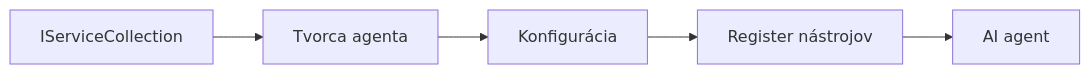
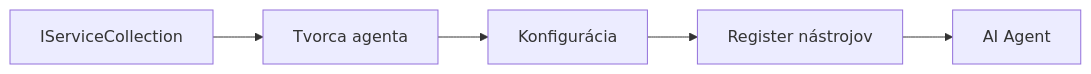
One commit to venturemavenwill/azureaifundamentals changed the diagram in translations/sk/03-agentic-design-patterns/code_samples/03-dotnet-agent-framework.md. Above: the diagram before and after it, drawn with Mermaid. The commit also changed other lines of this file and 2002 other files, not shown here.

````diff
--- a/translations/sk/03-agentic-design-patterns/code_samples/03-dotnet-agent-framework.md
+++ b/translations/sk/03-agentic-design-patterns/code_samples/03-dotnet-agent-framework.md
@@ -41,7 +41,7 @@
 ```mermaid
 graph LR
     A[IServiceCollection] --> B[Tvorca agenta]
     B --> C[Konfigurácia]
     C --> D[Register nástrojov]
-    D --> E[AI agent]
+    D --> E[AI Agent]
 ```
````
